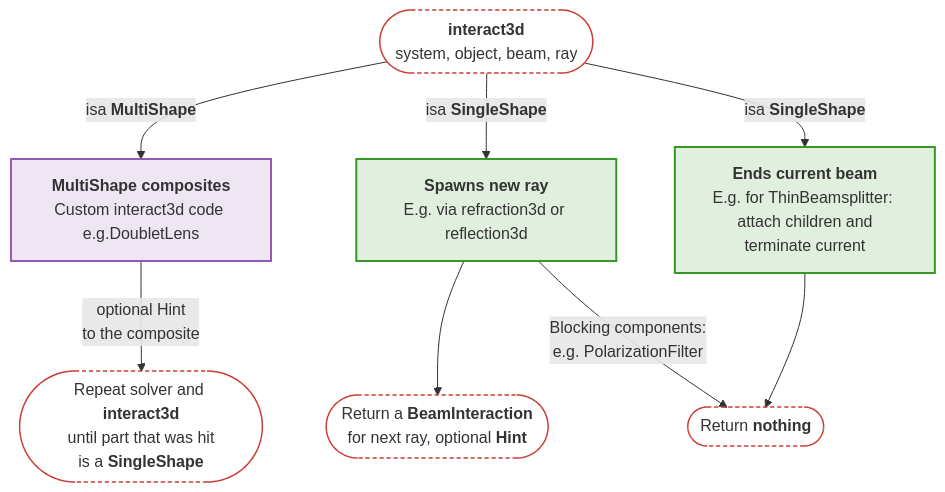
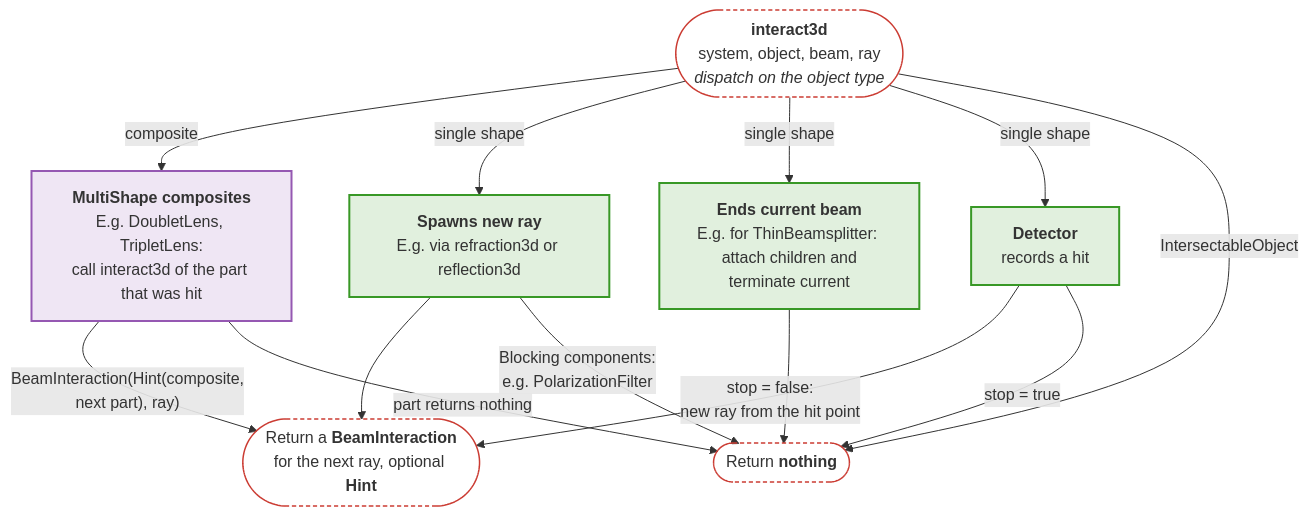
The second of 2 diagrams in docs/src/api/components.md (JuliaPhysics/BeamletOptics.jl), drawn with Mermaid before and after one commit. The commit also changed other lines of this file and 63 other files, not shown here.

First line of the commit message:
Docs: align docs and docstrings with the code, drop color legends of the diagrams

````diff
--- a/docs/src/api/components.md
+++ b/docs/src/api/components.md
@@ -43,26 +45,31 @@
 ```mermaid
 flowchart TB
-    INT(["<b>interact3d</b><br/>system, object, beam, ray"])
-    CMP["<b>MultiShape composites</b><br/>Custom interact3d code e.g.DoubletLens"]
+    INT(["<b>interact3d</b><br/>system, object, beam, ray<br/><i>dispatch on the object type</i>"])
+    CMP["<b>MultiShape composites</b><br/>E.g. DoubletLens, TripletLens:<br/>call interact3d of the part that was hit"]
     RAY["<b>Spawns new ray</b><br/>E.g. via refraction3d or reflection3d"]
     FIN["<b>Ends current beam</b><br/>E.g. for ThinBeamsplitter: <br/> attach children and terminate current"]
-    AGAIN(["Repeat solver and <b>interact3d</b><br/>until part that was hit<br/>is a <b>SingleShape</b>"])
-    BI(["Return a <b>BeamInteraction</b><br/> for next ray, optional <b>Hint</b>"])
+    DET["<b>Detector</b><br/>records a hit"]
+    BI(["Return a <b>BeamInteraction</b><br/>for the next ray, optional <b>Hint</b>"])
     NO(["Return <b>nothing</b>"])
 
-    INT -- isa <b>MultiShape</b> --> CMP
-    INT -- isa <b>SingleShape</b> --> RAY
-    INT -- isa <b>SingleShape</b> --> FIN
-    CMP -- "optional Hint<br/>to the composite" --> AGAIN
+    INT -- "composite" --> CMP
+    INT -- "single shape" --> RAY
+    INT -- "single shape" --> FIN
+    INT -- "single shape" --> DET
+    INT -- "IntersectableObject" --> NO
+    CMP -- "BeamInteraction(Hint(composite,<br/>next part), ray)" --> BI
+    CMP -- "part returns nothing" --> NO
     RAY --> BI
     RAY -- "Blocking components: <br/>e.g. PolarizationFilter" --> NO
     FIN --> NO
+    DET -- "stop = false:<br/>new ray from the hit point" --> BI
+    DET -- "stop = true" --> NO
 
     classDef blue fill:#4063D826,stroke:#4063D8,stroke-width:2px
     classDef green fill:#38982626,stroke:#389826,stroke-width:2px
     classDef purple fill:#9558B226,stroke:#9558B2,stroke-width:2px
     classDef terminal fill:transparent,stroke:#CB3C33,stroke-width:1.5px,stroke-dasharray:4 3
-    class RAY,FIN green
+    class RAY,FIN,DET green
     class CMP purple
-    class INT,AGAIN,BI,NO terminal
+    class INT,BI,NO terminal
 ```
````
